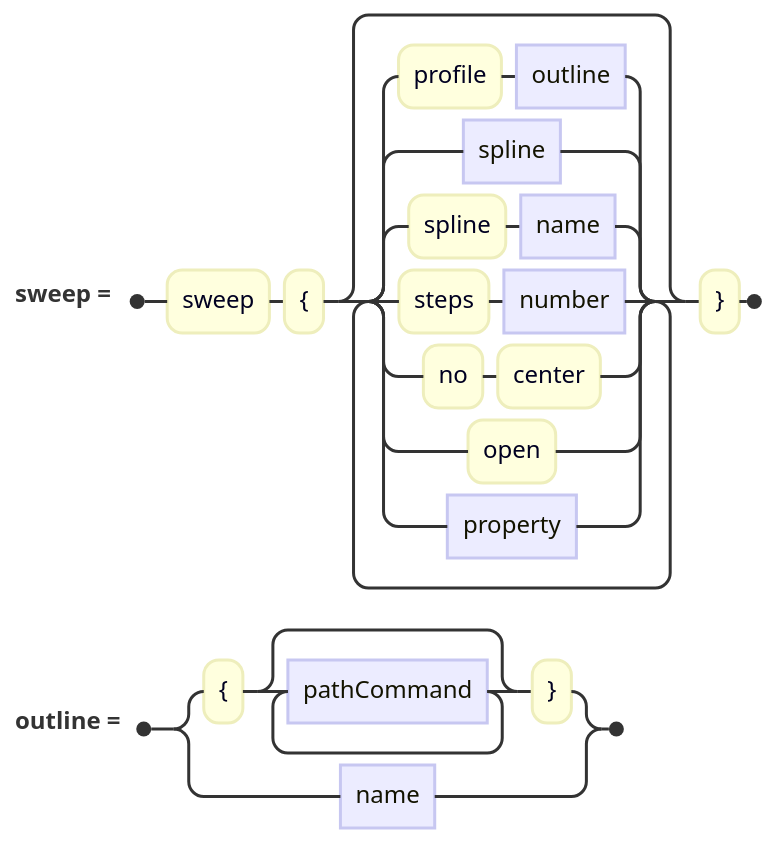
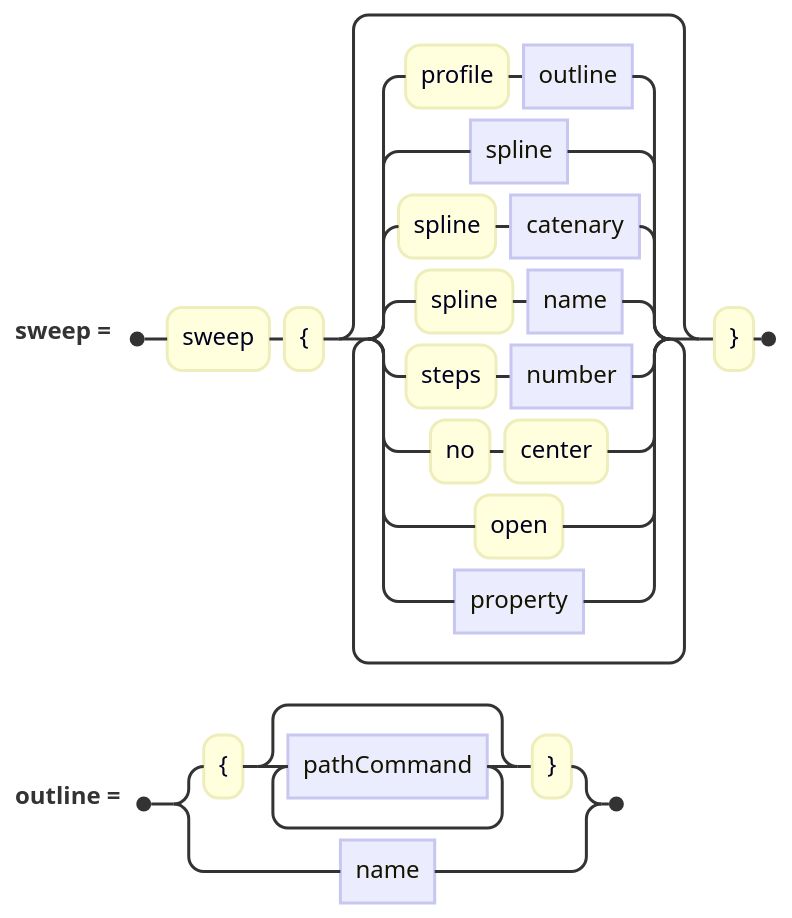
One commit to jskress/RayTracer changed the diagram in docs/diagrams/advanced/sweepClause.mmd. Above: the diagram before and after it, drawn with Mermaid. The commit also changed 59 other files, not shown here.

```diff
--- a/docs/diagrams/advanced/sweepClause.mmd
+++ b/docs/diagrams/advanced/sweepClause.mmd
@@ -1,7 +1,7 @@
 railroad-ebnf-beta
 title "A sweep"
 
-sweep = "sweep" "{" { "profile" outline | spline | "spline" name | "steps" number
+sweep = "sweep" "{" { "profile" outline | spline | "spline" catenary | "spline" name | "steps" number
       | "no" "center" | "open" | property } "}" ;
 
 outline = "{" { pathCommand } "}" | name ;
```
